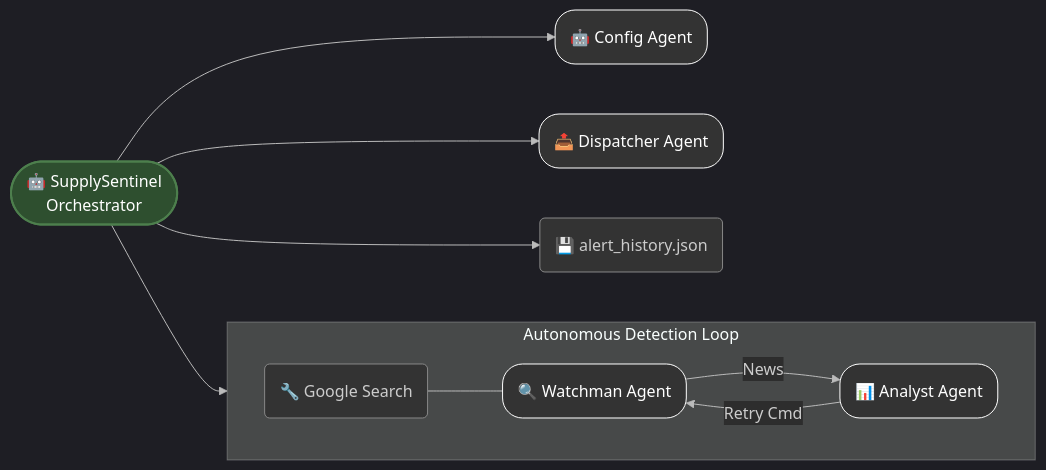
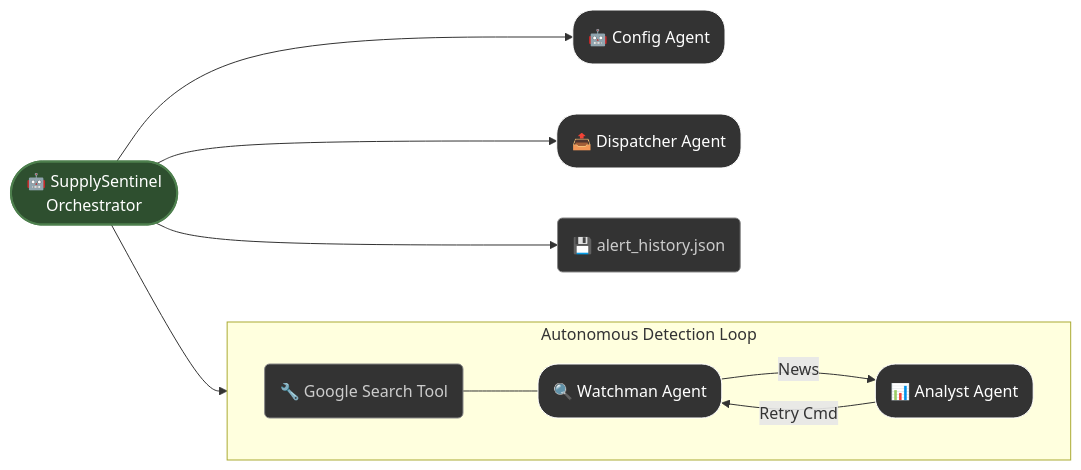
The second of 2 diagrams in README.md (G26karthik/SupplySentinel), drawn with Mermaid before and after one commit. The commit also changed other lines of this file, not shown here.

````diff
--- a/README.md
+++ b/README.md
@@ -121,41 +99,28 @@
-``` mermaid 
-%%{init: {'theme':'dark', 'themeVariables': { 'primaryColor':'#2d2d2d', 'edgeLabelBackground':'#2d2d2d', 'tertiaryColor':'#2d2d2d'}}}%%
+```mermaid
+%% simplified orchestration diagram
 graph LR
-    %% Main Orchestrator (The Green Node Style)
     Core([🤖 SupplySentinel<br/>Orchestrator]):::main
 
-    %% Subgraph for the Loop (The Boxed Area in your image)
-    subgraph Detection_Loop [Autonomous Detection Loop]
+    subgraph Loop [Autonomous Detection Loop]
         direction LR
         Watchman(🔍 Watchman Agent):::agent
         Analyst(📊 Analyst Agent):::agent
-        
-        %% The Retry Cycle (Bi-directional)
         Watchman -->|News| Analyst
         Analyst -->|Retry Cmd| Watchman
-        
-        %% Tool connection
-        Google(🔧 Google Search):::tool --- Watchman
+        Google(🔧 Google Search Tool):::tool --- Watchman
     end
 
-    %% Standalone Agents
     Config(🤖 Config Agent):::agent
     Dispatcher(📤 Dispatcher Agent):::agent
-    
-    %% Passive Tools/Memory
     Memory(💾 alert_history.json):::tool
 
-    %% Connections from Core (The "Fan Out")
     Core --> Config
-    Core --> Detection_Loop
+    Core --> Loop
     Core --> Dispatcher
     Core --> Memory
 
-    %% Custom Styling to match the uploaded image
     classDef main fill:#2E4F2F,stroke:#4d7f4d,stroke-width:2px,color:#fff;
     classDef agent fill:#333,stroke:#fff,stroke-width:1px,color:#fff,rx:20,ry:20;
     classDef tool fill:#333,stroke:#888,stroke-width:1px,color:#ccc,rx:5,ry:5;
-    
-    linkStyle default stroke:#bbb,stroke-width:1px;
-    
+
 ```
````
